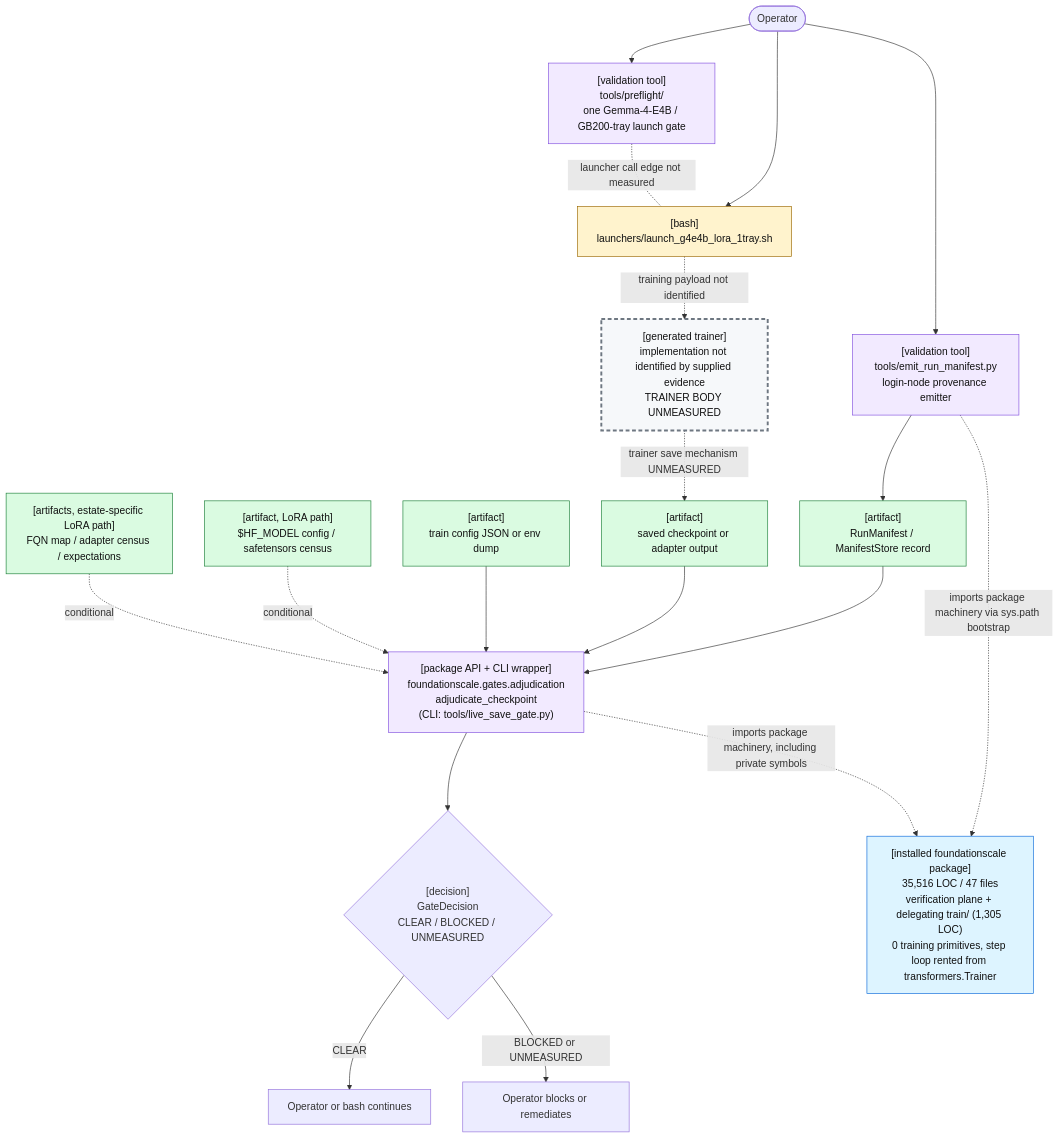
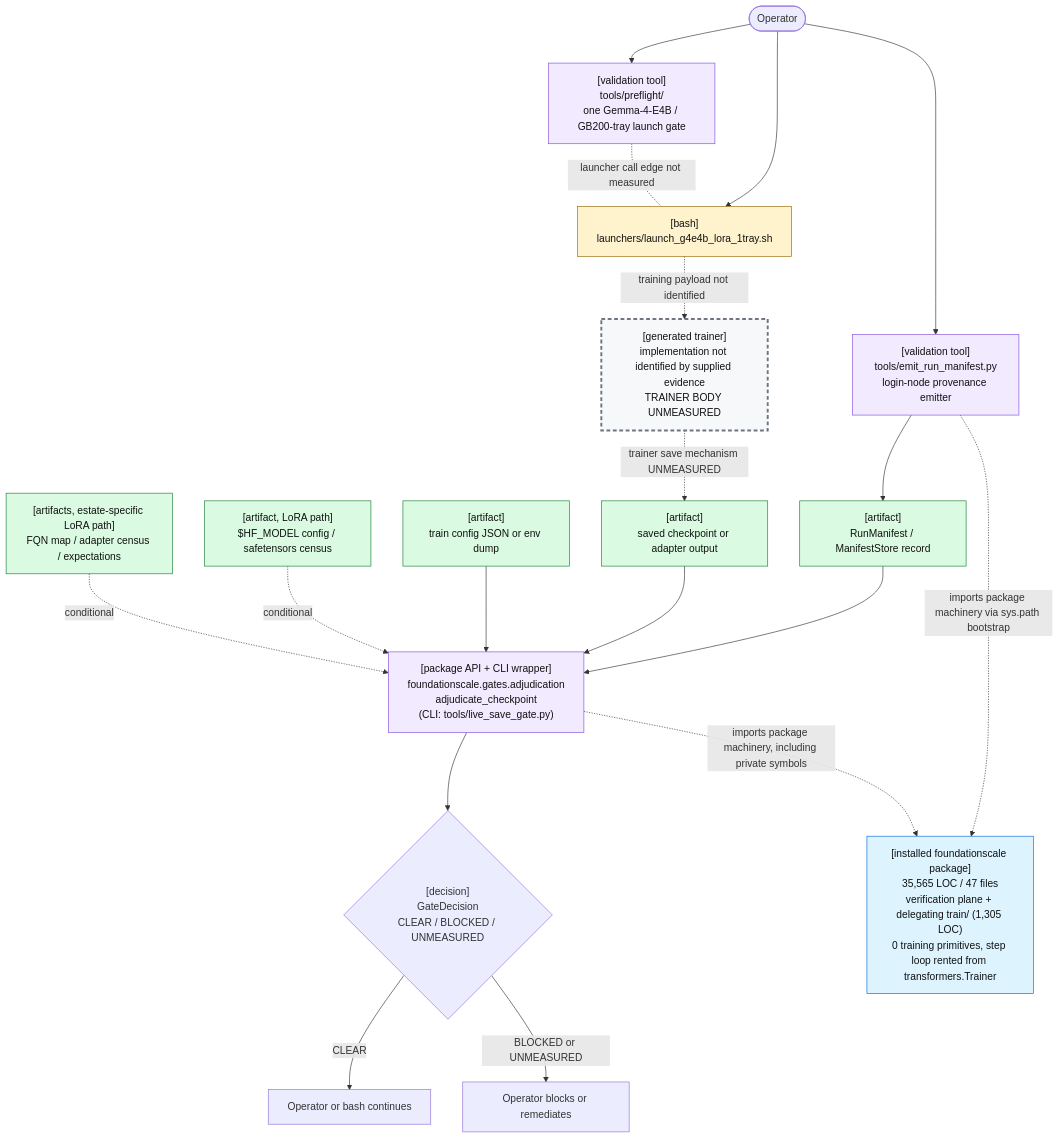
Before and after one commit to TranNhiem/FoundationScale: the first of 2 diagrams in docs/review/D2_current_architecture.md, drawn with Mermaid. The commit also changed other lines of this file and 10 other files, not shown here.

First line of the commit message:
docs: re-measure the LOC countables after the trainer fix (CI was RED)

````diff
--- a/docs/review/D2_current_architecture.md
+++ b/docs/review/D2_current_architecture.md
@@ -25,59 +25,59 @@
 ```mermaid
 flowchart TB
   O(["Operator"])
 
   PF["[validation tool]<br/>tools/preflight/<br/>one Gemma-4-E4B / GB200-tray launch gate"]
   L["[bash]<br/>launchers/launch_g4e4b_lora_1tray.sh"]
 
   E["[validation tool]<br/>tools/emit_run_manifest.py<br/>login-node provenance emitter"]
   M["[artifact]<br/>RunManifest / ManifestStore record"]
 
   T["[generated trainer]<br/>implementation not identified by supplied evidence<br/>TRAINER BODY UNMEASURED"]
   C["[artifact]<br/>saved checkpoint or adapter output"]
 
   G["[package API + CLI wrapper]<br/>foundationscale.gates.adjudication<br/>adjudicate_checkpoint<br/>(CLI: tools/live_save_gate.py)"]
   CFG["[artifact]<br/>train config JSON or env dump"]
   BASE["[artifact, LoRA path]<br/>$HF_MODEL config / safetensors census"]
   CEN["[artifacts, estate-specific LoRA path]<br/>FQN map / adapter census / expectations"]
 
   D{"[decision]<br/>GateDecision<br/>CLEAR / BLOCKED / UNMEASURED"}
   OK["Operator or bash continues"]
   NO["Operator blocks or remediates"]
 
-  PKG["[installed foundationscale package]<br/>35,516 LOC / 47 files<br/>verification plane + delegating train/ (1,305 LOC)<br/>0 training primitives, step loop rented from transformers.Trainer"]
+  PKG["[installed foundationscale package]<br/>35,565 LOC / 47 files<br/>verification plane + delegating train/ (1,305 LOC)<br/>0 training primitives, step loop rented from transformers.Trainer"]
 
   O --> PF
   O --> L
   PF -. "launcher call edge not measured" .- L
 
   O --> E
   E --> M
 
   L -. "training payload not identified" .-> T
   T -. "trainer save mechanism UNMEASURED" .-> C
 
   M --> G
   C --> G
   CFG --> G
   BASE -. "conditional" .-> G
   CEN -. "conditional" .-> G
 
   E -. "imports package machinery via sys.path bootstrap" .-> PKG
   G -. "imports package machinery, including private symbols" .-> PKG
 
   G --> D
   D -->|"CLEAR"| OK
   D -->|"BLOCKED or UNMEASURED"| NO
 
   classDef bash fill:#fff3cd,stroke:#9a6700,color:#111;
   classDef tool fill:#f2eaff,stroke:#8250df,color:#111;
   classDef artifact fill:#dafbe1,stroke:#1a7f37,color:#111;
   classDef gap fill:#f6f8fa,stroke:#6e7781,stroke-width:3px,stroke-dasharray: 6 4,color:#111;
   classDef pkg fill:#ddf4ff,stroke:#0969da,color:#111;
 
   class L bash;
   class PF,E,G tool;
   class M,C,CFG,BASE,CEN artifact;
   class T gap;
   class PKG pkg;
 ```
````
